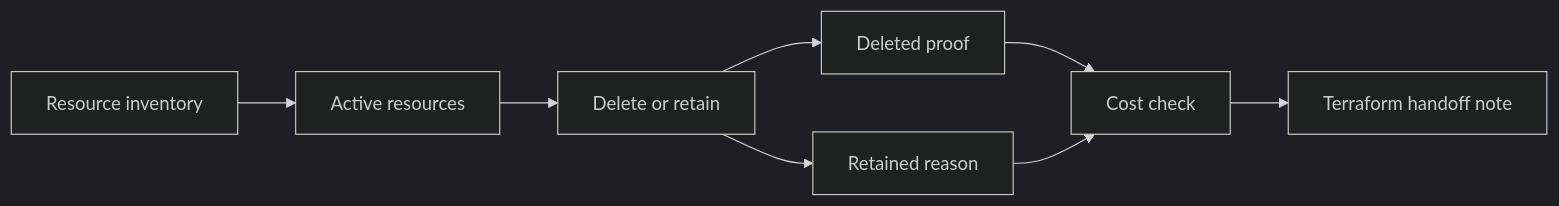
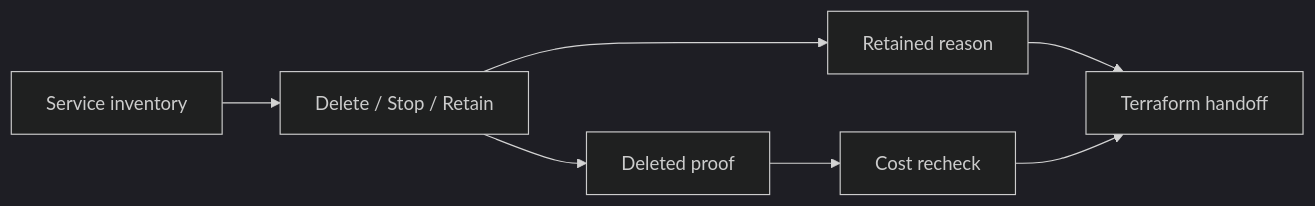
One commit to niceguy61/kdt_devops_lecture_2026_rev2 changed the diagram in week5/day5/lesson-08.md. Above: the diagram before and after it, drawn with Mermaid (dark theme). The commit also changed other lines of this file and 12 other files, not shown here.

````diff
--- a/week5/day5/lesson-08.md
+++ b/week5/day5/lesson-08.md
@@ -24,10 +41,9 @@
 ```mermaid
 flowchart LR
-  Inventory["Resource inventory"] --> Active["Active resources"]
-  Active --> Decision["Delete or retain"]
+  Inventory["Service inventory"] --> Decision["Delete / Stop / Retain"]
   Decision --> Delete["Deleted proof"]
   Decision --> Retain["Retained reason"]
-  Delete --> Cost["Cost check"]
-  Retain --> Cost
-  Cost --> Handoff["Terraform handoff note"]
+  Delete --> Cost["Cost recheck"]
+  Retain --> Handoff["Terraform handoff"]
+  Cost --> Handoff
 ```
````
